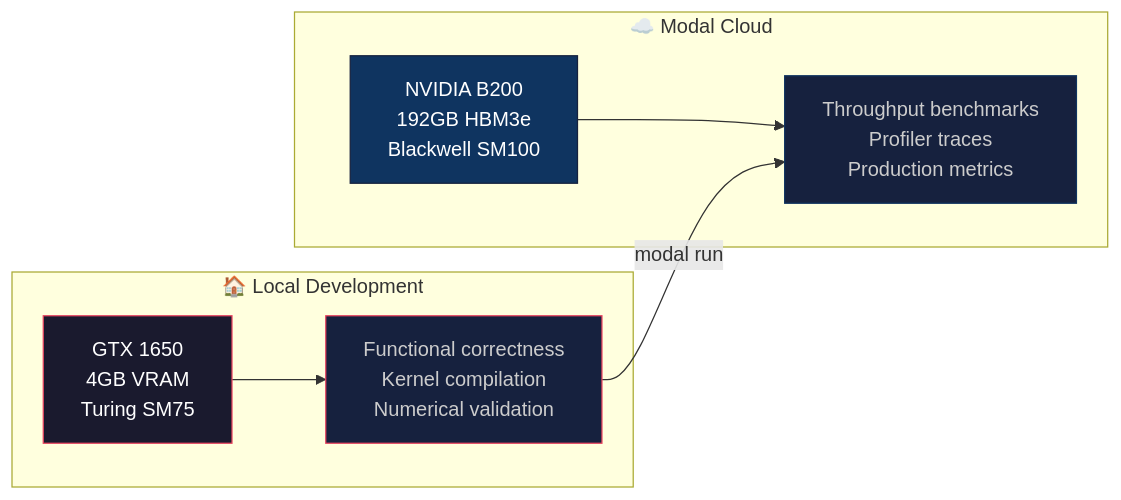
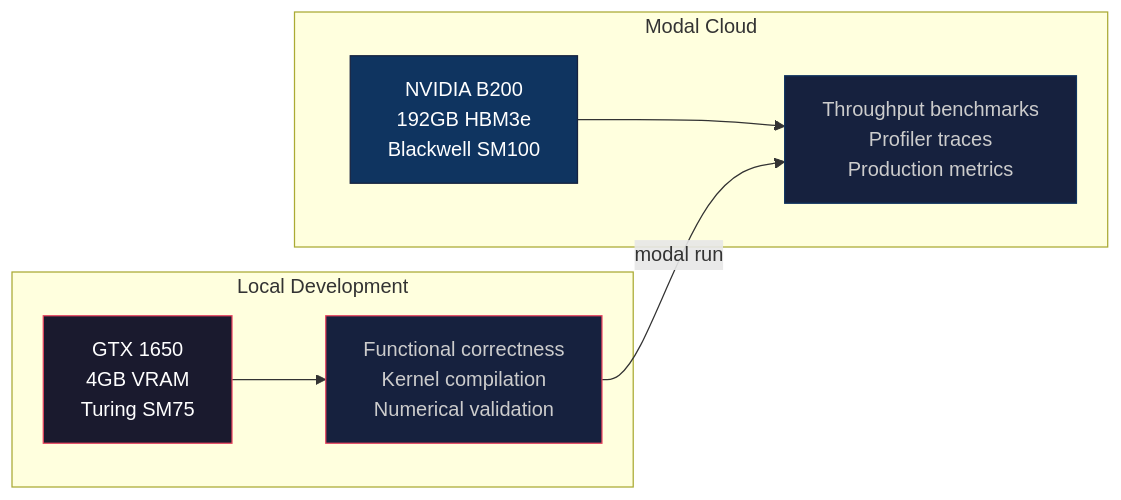
The first of 8 diagrams in technical_writeup.md (Darshan-Baslani/qwen3.5-optimized), drawn with Mermaid before and after one commit. The commit also changed other lines of this file, not shown here.

````diff
--- a/technical_writeup.md
+++ b/technical_writeup.md
@@ -55,21 +55,21 @@
 ```mermaid
 graph LR
-    subgraph Local["🏠 Local Development"]
+    subgraph Local["Local Development"]
         GPU1["GTX 1650<br/>4GB VRAM<br/>Turing SM75"]
         DEV["Functional correctness<br/>Kernel compilation<br/>Numerical validation"]
         GPU1 --> DEV
     end
 
-    subgraph Cloud["☁️ Modal Cloud"]
+    subgraph Cloud["Modal Cloud"]
         GPU2["NVIDIA B200<br/>192GB HBM3e<br/>Blackwell SM100"]
         PERF["Throughput benchmarks<br/>Profiler traces<br/>Production metrics"]
         GPU2 --> PERF
     end
 
     DEV -->|"modal run"| PERF
 
     style GPU1 fill:#1a1a2e,stroke:#e94560,color:#fff
     style GPU2 fill:#0f3460,stroke:#16213e,color:#fff
     style DEV fill:#16213e,stroke:#e94560,color:#ccc
     style PERF fill:#16213e,stroke:#0f3460,color:#ccc
 ```
````
